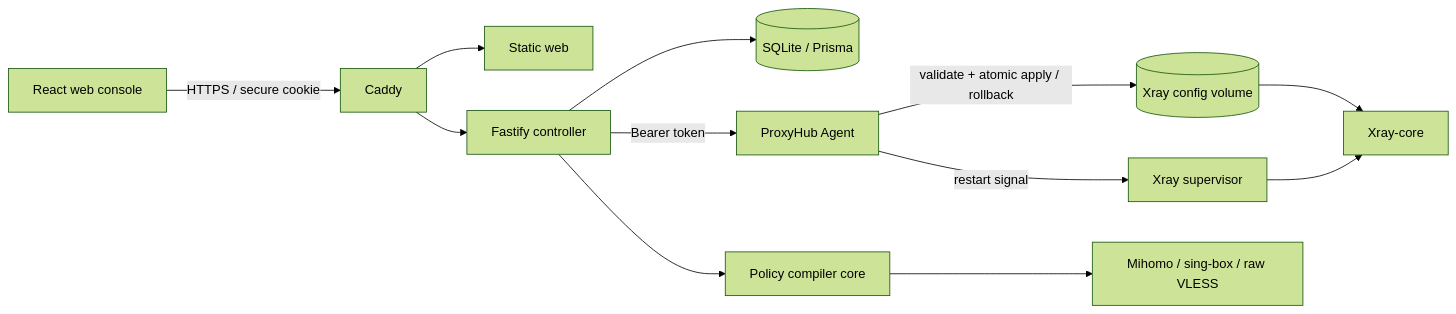
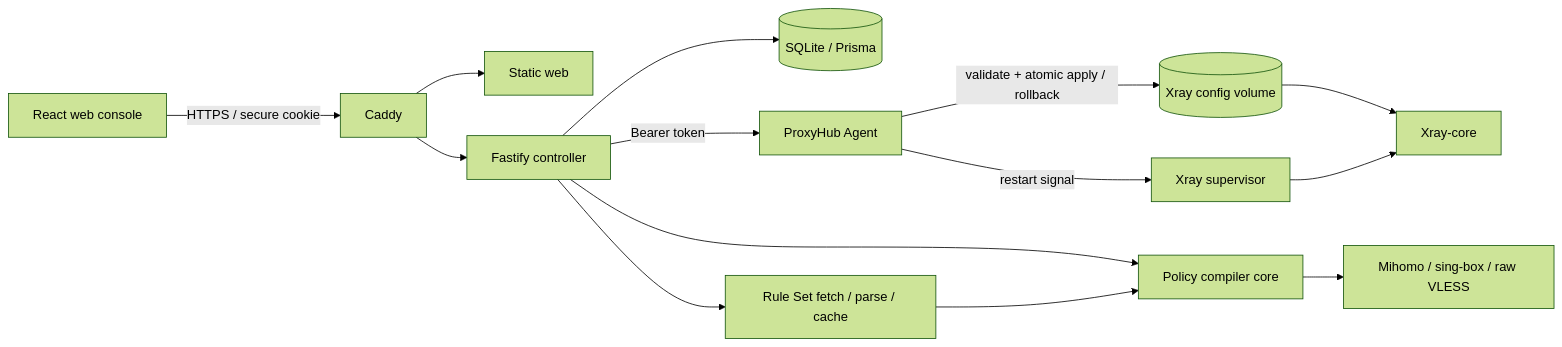
The diagram in README.md (TNMMDLA/ProxyHub), drawn with Mermaid (forest theme) before and after one commit. The commit also changed other lines of this file and 70 other files, not shown here.

Commit message:
feat: implement V0.3 rule set and policy ecosystem

````diff
--- a/README.md
+++ b/README.md
@@ -41,14 +43,16 @@
 ```mermaid
 flowchart LR
   Browser["React web console"] -->|HTTPS / secure cookie| Caddy
   Caddy --> Web["Static web"]
   Caddy --> API["Fastify controller"]
   API --> DB[("SQLite / Prisma")]
   API -->|Bearer token| Agent["ProxyHub Agent"]
   Agent -->|validate + atomic apply / rollback| Config[("Xray config volume")]
   Agent -->|restart signal| Supervisor["Xray supervisor"]
   Config --> Xray["Xray-core"]
   Supervisor --> Xray
   API --> Policy["Policy compiler core"]
+  API --> Rules["Rule Set fetch / parse / cache"]
+  Rules --> Policy
   Policy --> Sub["Mihomo / sing-box / raw VLESS"]
 ```
````
